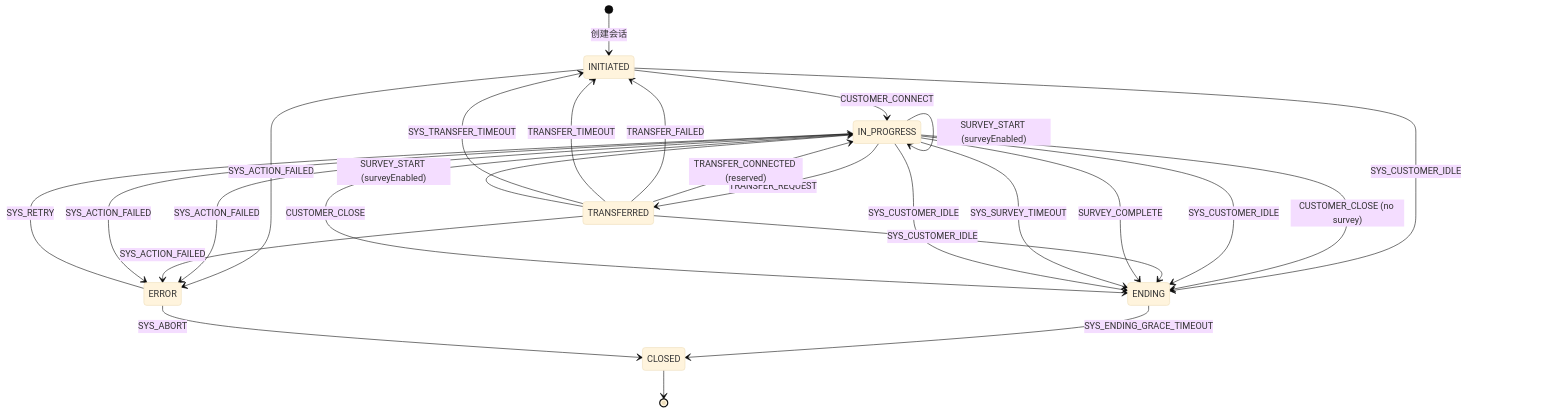
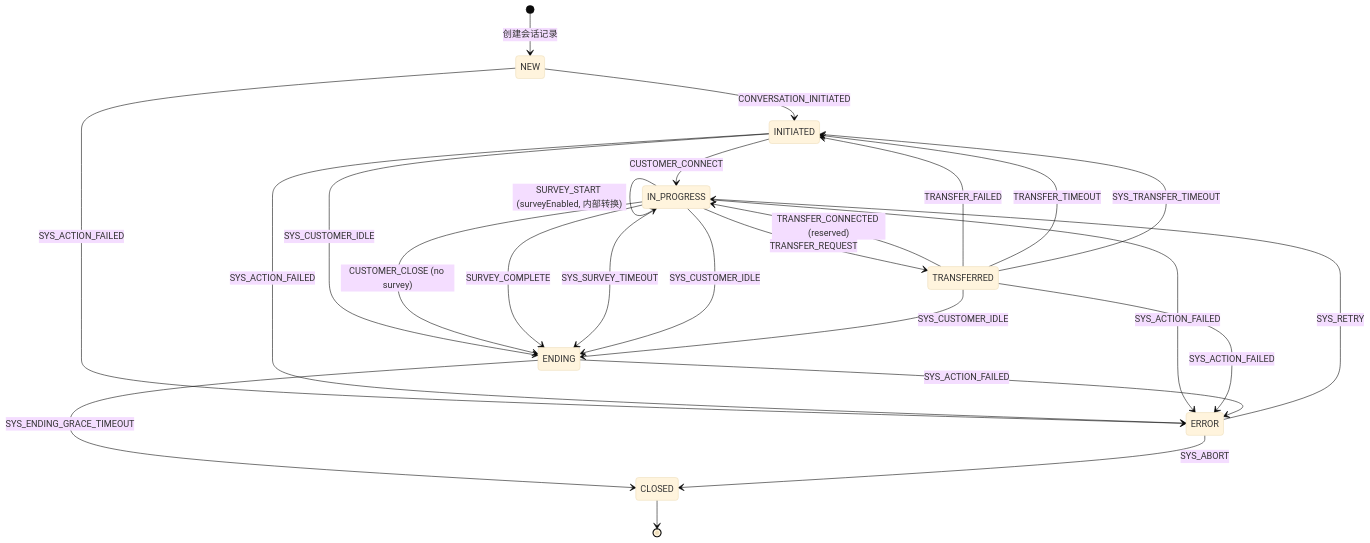
The first of 7 diagrams in 08-Code/state-machine/docs/zh/03-State-Transition-Diagrams.md (huangzhiqiu/ai-knowledge-design), drawn with Mermaid (base theme) before and after one commit. The commit also changed other lines of this file, not shown here.

First line of the commit message:
docs: fix Chinese state transition diagrams (remove SURVEY_IN_PROGRESS, add NEW state)

````diff
--- a/08-Code/state-machine/docs/zh/03-State-Transition-Diagrams.md
+++ b/08-Code/state-machine/docs/zh/03-State-Transition-Diagrams.md
@@ -9,36 +9,34 @@
 ```mermaid
 stateDiagram-v2
-    [*] --> INITIATED : 创建会话
+    [*] --> NEW : 创建会话记录
+    NEW --> INITIATED : CONVERSATION_INITIATED
 
     INITIATED --> IN_PROGRESS : CUSTOMER_CONNECT
     INITIATED --> ENDING : SYS_CUSTOMER_IDLE
 
     IN_PROGRESS --> TRANSFERRED : TRANSFER_REQUEST
-    IN_PROGRESS --> IN_PROGRESS : SURVEY_START (surveyEnabled)
+    IN_PROGRESS --> IN_PROGRESS : SURVEY_START (surveyEnabled, 内部转换)
     IN_PROGRESS --> ENDING : CUSTOMER_CLOSE (no survey)
+    IN_PROGRESS --> ENDING : SURVEY_COMPLETE
+    IN_PROGRESS --> ENDING : SYS_SURVEY_TIMEOUT
     IN_PROGRESS --> ENDING : SYS_CUSTOMER_IDLE
 
     TRANSFERRED --> IN_PROGRESS : TRANSFER_CONNECTED (reserved)
     TRANSFERRED --> INITIATED : TRANSFER_FAILED
     TRANSFERRED --> INITIATED : TRANSFER_TIMEOUT
     TRANSFERRED --> INITIATED : SYS_TRANSFER_TIMEOUT
-    TRANSFERRED --> IN_PROGRESS : SURVEY_START (surveyEnabled)
     TRANSFERRED --> ENDING : SYS_CUSTOMER_IDLE
-
-    IN_PROGRESS --> ENDING : SURVEY_COMPLETE
-    IN_PROGRESS --> ENDING : SYS_SURVEY_TIMEOUT
-    IN_PROGRESS --> ENDING : SYS_CUSTOMER_IDLE
-    IN_PROGRESS --> ENDING : CUSTOMER_CLOSE
 
     ENDING --> CLOSED : SYS_ENDING_GRACE_TIMEOUT
 
     %% 故障转移: 动作错误 → SYS_ACTION_FAILED → ERROR → 重试/中止
+    NEW --> ERROR : SYS_ACTION_FAILED
     INITIATED --> ERROR : SYS_ACTION_FAILED
     IN_PROGRESS --> ERROR : SYS_ACTION_FAILED
     TRANSFERRED --> ERROR : SYS_ACTION_FAILED
-    IN_PROGRESS --> ERROR : SYS_ACTION_FAILED
+    ENDING --> ERROR : SYS_ACTION_FAILED
     ERROR --> IN_PROGRESS : SYS_RETRY
     ERROR --> CLOSED : SYS_ABORT
 
     CLOSED --> [*]
 ```
````
